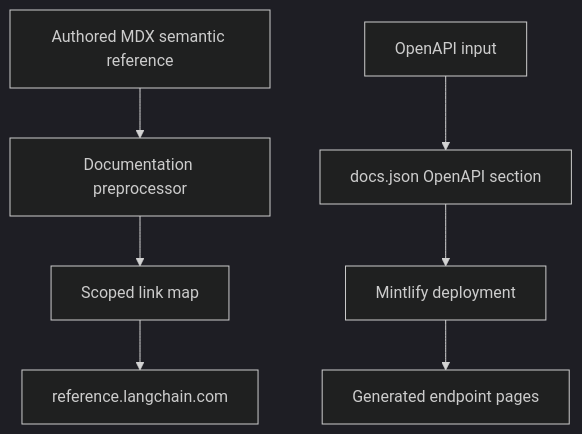
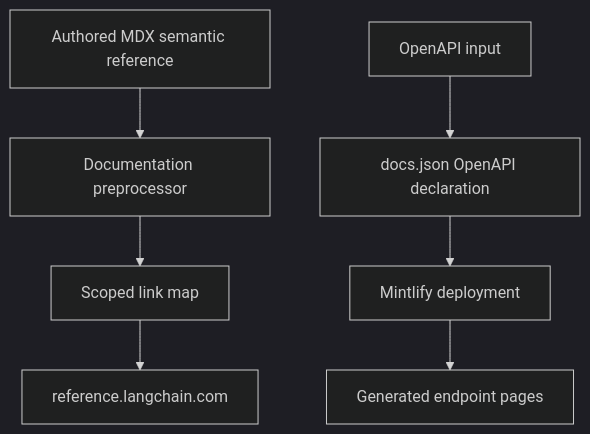
The first of 2 diagrams in openwiki/integrations/reference-docs.md (rishi-raj-jain/docs-1), drawn with Mermaid (dark theme) before and after one commit. The commit also changed other lines of this file and 48 other files, not shown here.

````diff
--- a/openwiki/integrations/reference-docs.md
+++ b/openwiki/integrations/reference-docs.md
@@ -60,9 +60,9 @@
 ```mermaid
 flowchart TD
-  Author["Authored MDX semantic reference"] --> Preprocess["Documentation preprocessor"]
+  Authored["Authored MDX semantic reference"] --> Preprocess["Documentation preprocessor"]
   Preprocess --> Map["Scoped link map"]
   Map --> External["reference.langchain.com"]
-  Spec["OpenAPI input"] --> Config["docs.json OpenAPI section"]
+  Spec["OpenAPI input"] --> Config["docs.json OpenAPI declaration"]
   Config --> Deploy["Mintlify deployment"]
-  Deploy --> Pages["Generated endpoint pages"]
+  Deploy --> Endpoints["Generated endpoint pages"]
 ```
````
